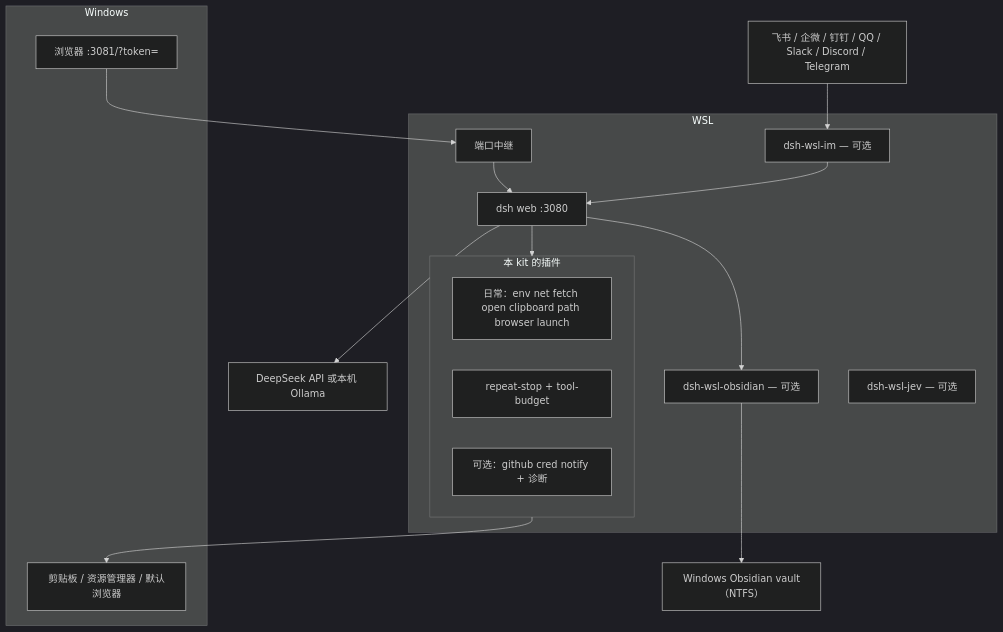
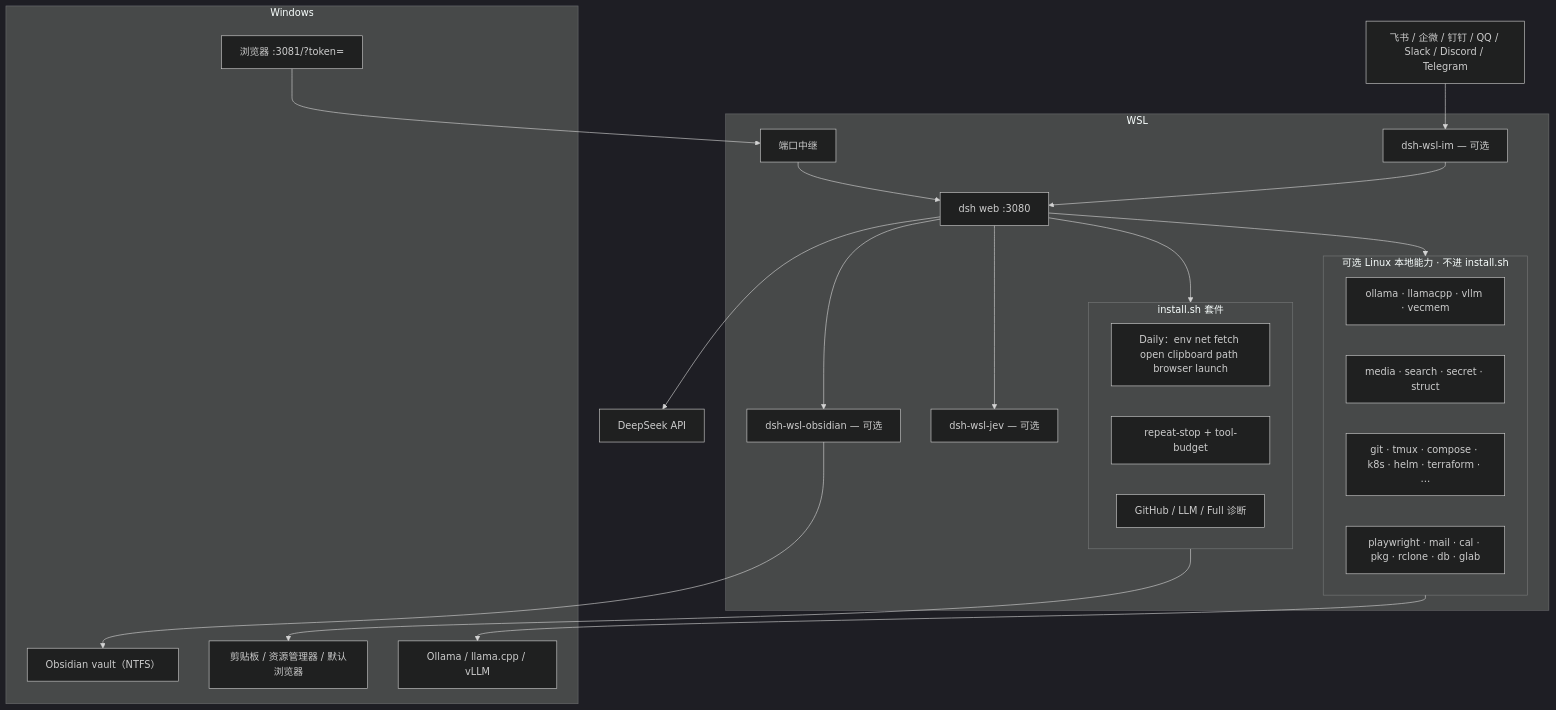
Before and after one commit to 173787247/dsh-wsl-kit: the diagram in README.zh.md, drawn with Mermaid (dark theme). The commit also changed other lines of this file and 1 other file, not shown here.

First line of the commit message:
Refresh kit architecture for Linux-optional plugin wave.

````diff
--- a/README.zh.md
+++ b/README.zh.md
@@ -15,30 +15,40 @@
 ```mermaid
 flowchart TB
   subgraph win [Windows]
     browser["浏览器 :3081/?token="]
     host["剪贴板 / 资源管理器 / 默认浏览器"]
+    vault["Obsidian vault（NTFS）"]
+    localLLM["Ollama / llama.cpp / vLLM"]
   end
   subgraph wslbox [WSL]
     relay["端口中继"]
     dsh["dsh web :3080"]
-    subgraph plugins [本 kit 的插件]
-      daily["日常：env net fetch open clipboard path browser launch"]
+    subgraph kitPlugins [install.sh 套件]
+      daily["Daily：env net fetch open clipboard path browser launch"]
       guards["repeat-stop + tool-budget"]
-      more["可选：github cred notify + 诊断"]
+      more["GitHub / LLM / Full 诊断"]
+    end
+    subgraph linuxOpt [可选 Linux 本地能力 · 不进 install.sh]
+      infer["ollama · llamacpp · vllm · vecmem"]
+      media["media · search · secret · struct"]
+      devops["git · tmux · compose · k8s · helm · terraform · …"]
+      desk["playwright · mail · cal · pkg · rclone · db · glab"]
     end
     im["dsh-wsl-im — 可选"]
     obsidian["dsh-wsl-obsidian — 可选"]
     jev["dsh-wsl-jev — 可选"]
   end
-  llm["DeepSeek API 或本机 Ollama"]
+  api["DeepSeek API"]
   chats["飞书 / 企微 / 钉钉 / QQ / Slack / Discord / Telegram"]
-  vault["Windows Obsidian vault（NTFS）"]
 
   browser --> relay --> dsh
-  dsh --> plugins
-  dsh --> llm
-  plugins --> host
+  dsh --> kitPlugins
+  dsh --> linuxOpt
+  dsh --> api
+  linuxOpt --> localLLM
+  kitPlugins --> host
   chats --> im --> dsh
   obsidian --> vault
   dsh --> obsidian
+  dsh --> jev
 ```
````
